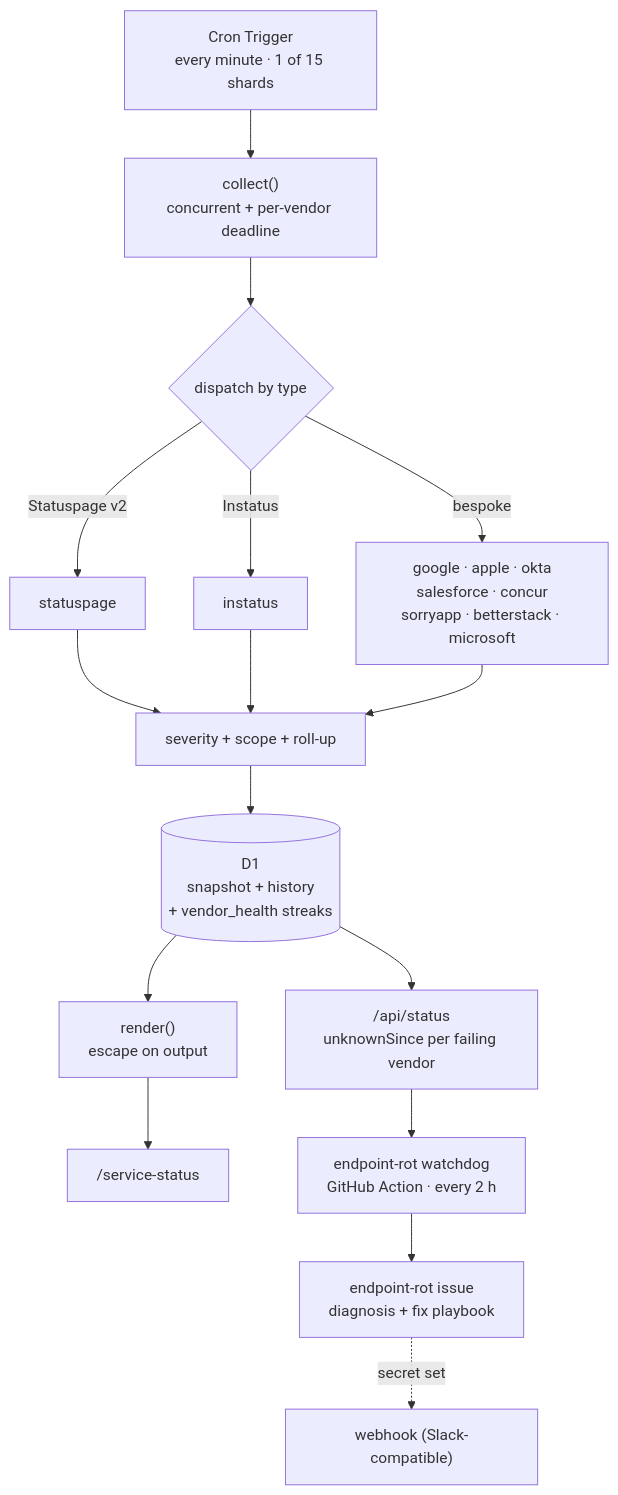
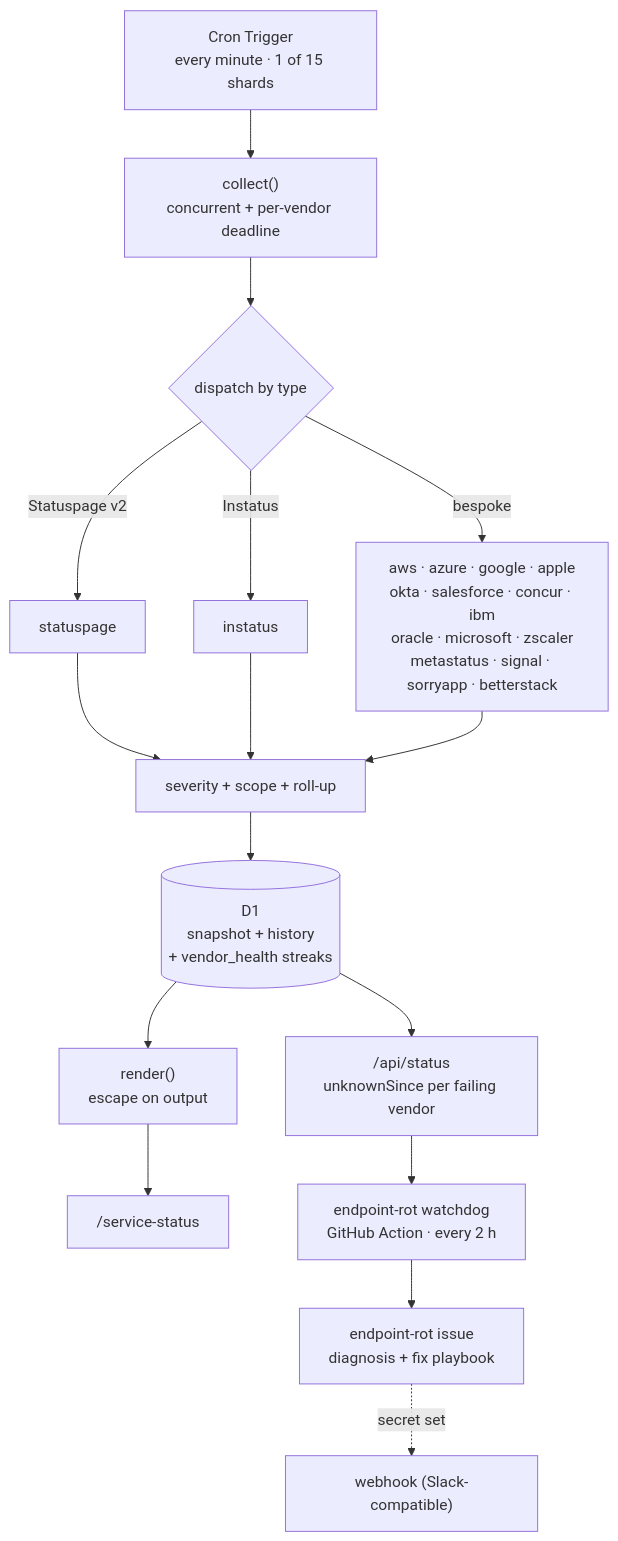
Before and after one commit to bjgreenberg/vendor-dashboard: the first of 2 diagrams in README.md, drawn with Mermaid. The commit also changed other lines of this file and 3 other files, not shown here.

````diff
--- a/README.md
+++ b/README.md
@@ -82,18 +82,18 @@
 ```mermaid
 flowchart TB
     cron["Cron Trigger<br/>every minute · 1 of 15 shards"] --> collect["collect()<br/>concurrent + per-vendor deadline"]
     collect --> adapters{"dispatch by type"}
     adapters -->|"Statuspage v2"| a1["statuspage"]
     adapters -->|"Instatus"| a2["instatus"]
-    adapters -->|"bespoke"| a3["google · apple · okta<br/>salesforce · concur<br/>sorryapp · betterstack · microsoft"]
+    adapters -->|"bespoke"| a3["aws · azure · google · apple<br/>okta · salesforce · concur · ibm<br/>oracle · microsoft · zscaler<br/>metastatus · signal · sorryapp · betterstack"]
     a1 --> norm["severity + scope + roll-up"]
     a2 --> norm
     a3 --> norm
     norm --> d1[("D1<br/>snapshot + history<br/>+ vendor_health streaks")]
     d1 --> render["render()<br/>escape on output"]
     render --> page["/service-status"]
     d1 --> api["/api/status<br/>unknownSince per failing vendor"]
     api --> wd["endpoint-rot watchdog<br/>GitHub Action · every 2 h"]
     wd --> issue["endpoint-rot issue<br/>diagnosis + fix playbook"]
     issue -.->|"secret set"| slack["webhook (Slack-compatible)"]
 ```
````
